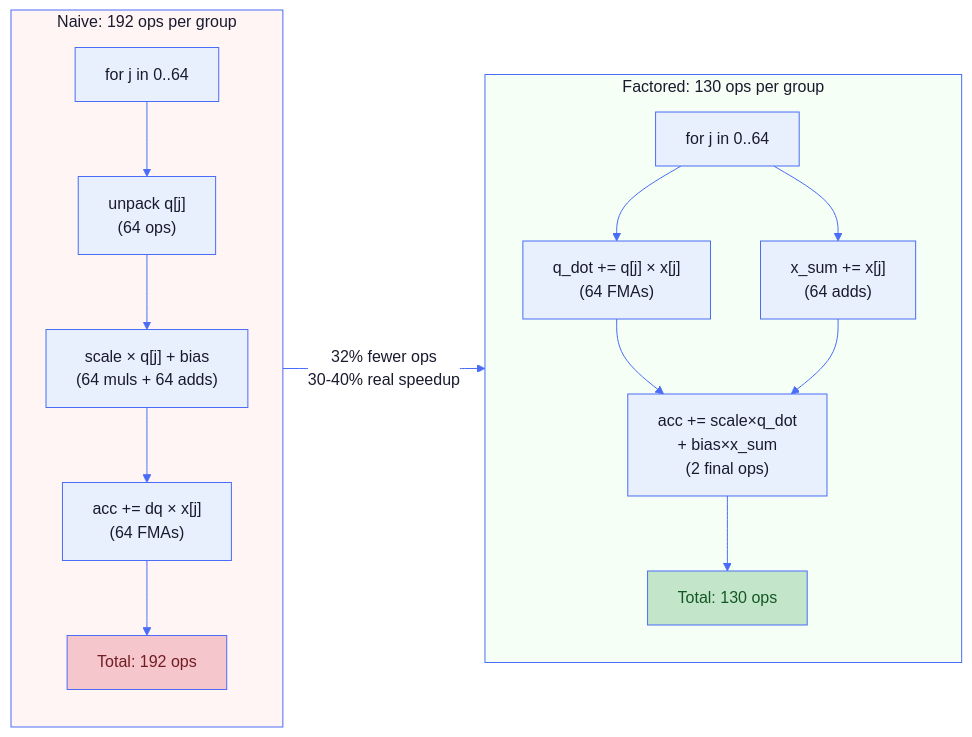
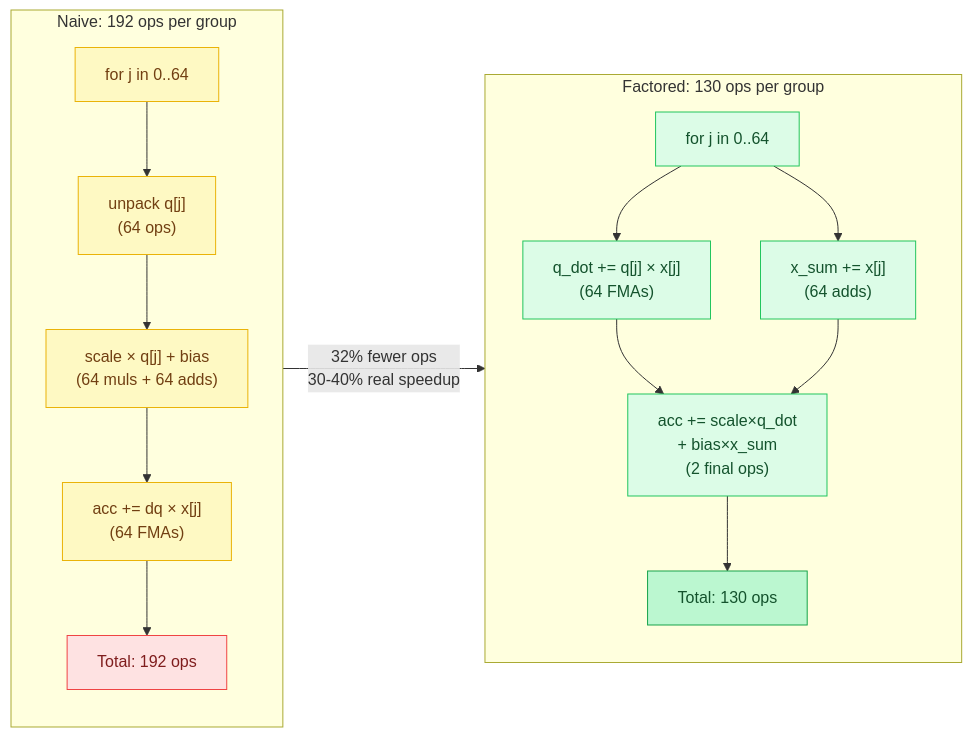
Before and after one commit to maci0/agave: the second of 8 diagrams in docs/tutorial/04-quantization.md, drawn with Mermaid. The commit also changed other lines of this file and 24 other files, not shown here.

First line of the commit message:
docs: convert all mermaid diagrams to classDef semantic colors

````diff
--- a/docs/tutorial/04-quantization.md
+++ b/docs/tutorial/04-quantization.md
@@ -215,48 +222,36 @@
 ```mermaid
-%%{init: {'theme': 'base', 'themeVariables': {
-  'primaryColor': '#e8f0fe',
-  'primaryTextColor': '#1a1a2e',
-  'primaryBorderColor': '#4a6cf7',
-  'lineColor': '#4a6cf7',
-  'secondaryColor': '#f0f4ff',
-  'tertiaryColor': '#f8f9ff',
-  'edgeLabelBackground': '#ffffff',
-  'clusterBkg': '#f0f4ff',
-  'clusterBorder': '#4a6cf7',
-  'titleColor': '#1a1a2e',
-  'nodeTextColor': '#1a1a2e',
-  'fontFamily': 'ui-monospace, SFMono-Regular, monospace'
-}}}%%
 flowchart LR
+    classDef setup     fill:#dbeafe,stroke:#3b82f6,color:#1e3a5f
+    classDef sync      fill:#dcfce7,stroke:#22c55e,color:#14532d
+    classDef migration fill:#fef9c3,stroke:#eab308,color:#713f12
+    classDef success   fill:#bbf7d0,stroke:#16a34a,color:#14532d
+    classDef danger    fill:#fee2e2,stroke:#ef4444,color:#7f1d1d
+    classDef optional  fill:#f3e8ff,stroke:#9333ea,color:#581c87
+
     subgraph Naive["Naive: 192 ops per group"]
         direction TB
-        NI["for j in 0..64"]
-        NU["unpack q[j]\n(64 ops)"]
-        ND["scale × q[j] + bias\n(64 muls + 64 adds)"]
-        NA["acc += dq × x[j]\n(64 FMAs)"]
+        NI["for j in 0..64"]:::migration
+        NU["unpack q[j]\n(64 ops)"]:::migration
+        ND["scale × q[j] + bias\n(64 muls + 64 adds)"]:::migration
+        NA["acc += dq × x[j]\n(64 FMAs)"]:::migration
         NI --> NU --> ND --> NA
-        NT["Total: 192 ops"]
+        NT["Total: 192 ops"]:::danger
         NA --> NT
     end
 
     subgraph Factored["Factored: 130 ops per group"]
         direction TB
-        FI["for j in 0..64"]
-        FQ["q_dot += q[j] × x[j]\n(64 FMAs)"]
-        FX["x_sum += x[j]\n(64 adds)"]
-        FF["acc += scale×q_dot\n       + bias×x_sum\n(2 final ops)"]
+        FI["for j in 0..64"]:::sync
+        FQ["q_dot += q[j] × x[j]\n(64 FMAs)"]:::sync
+        FX["x_sum += x[j]\n(64 adds)"]:::sync
+        FF["acc += scale×q_dot\n       + bias×x_sum\n(2 final ops)"]:::sync
         FI --> FQ
         FI --> FX
         FQ --> FF
         FX --> FF
-        FT["Total: 130 ops"]
+        FT["Total: 130 ops"]:::success
         FF --> FT
     end
 
     Naive -->|"32% fewer ops\n30-40% real speedup"| Factored
-
-    style NT fill:#f5c6cb,color:#721c24
-    style FT fill:#c3e6cb,color:#155724
-    style Naive fill:#fff5f5
-    style Factored fill:#f5fff5
 ```
````
